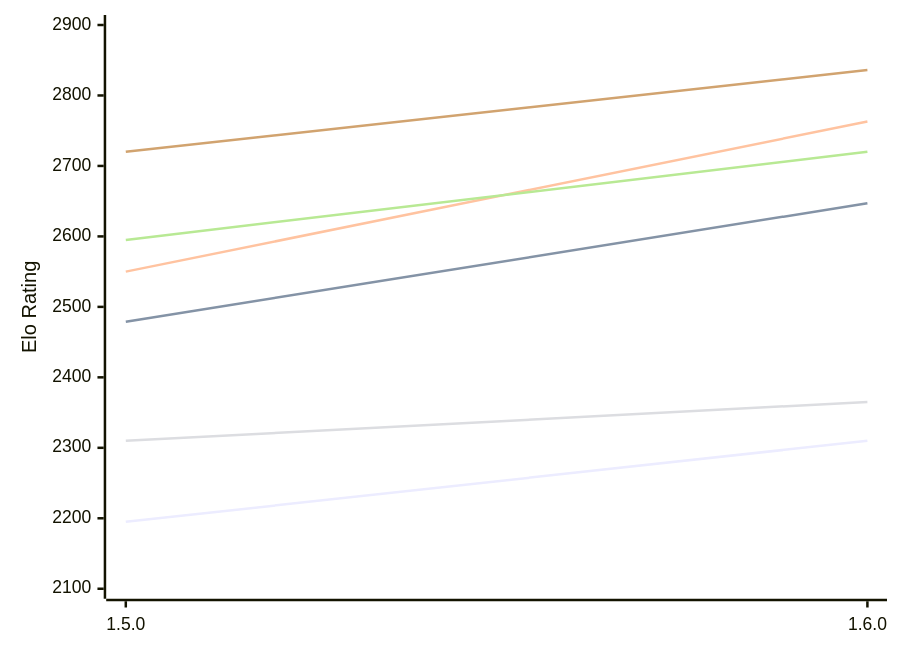
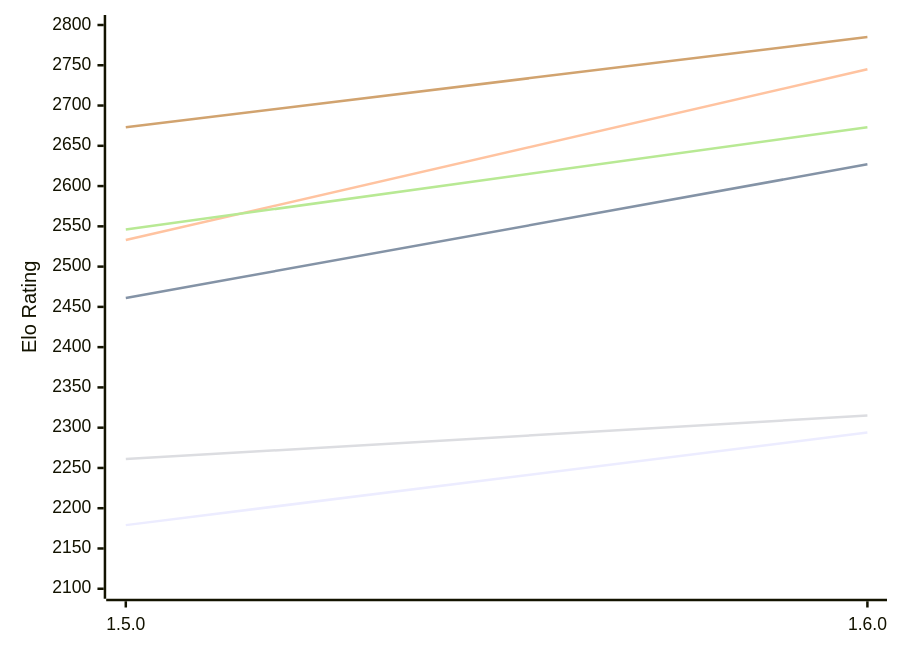
One commit to computer-chess-index/cci changed the first of 2 diagrams in engines/Tofiks.md. Above: the diagram before and after it, drawn with Mermaid. The commit also changed other lines of this file, not shown here.

Commit message:
Update CCI Ratings (ELO VLTC) - 2026-11-08

````diff
--- a/engines/Tofiks.md
+++ b/engines/Tofiks.md
@@ -51,12 +51,12 @@
 ```mermaid
 %%{init: {"theme":"base","themeVariables":{"seriesColors:['#a3a3a3','#222221','#faa371']}}}%%
 xychart-beta
   x-axis ["1.5.0", "1.6.0"]
-  y-axis "Elo Rating" 2100 --> 2900
-  line "E1: STC (8.0+0.08s)" [2195, 2310]
-  line "E1: LTC (60.0+0.60s)" [2479, 2647]
-  line "E1: VLTC (2m24s+1.12s)" [2550, 2763]
-  line "P1: STC (8.0+0.08s)" [2310, 2365]
-  line "P1: LTC (60.0+0.60s)" [2595, 2720]
-  line "P1: VLTC (2m24s+1.12s)" [2720, 2836]
+  y-axis "Elo Rating" 2100 --> 2800
+  line "E1: STC (8.0+0.08s)" [2179, 2294]
+  line "E1: LTC (60.0+0.60s)" [2461, 2627]
+  line "E1: VLTC (2m24s+1.12s)" [2533, 2745]
+  line "P1: STC (8.0+0.08s)" [2261, 2315]
+  line "P1: LTC (60.0+0.60s)" [2546, 2673]
+  line "P1: VLTC (2m24s+1.12s)" [2673, 2785]
 ```
````
